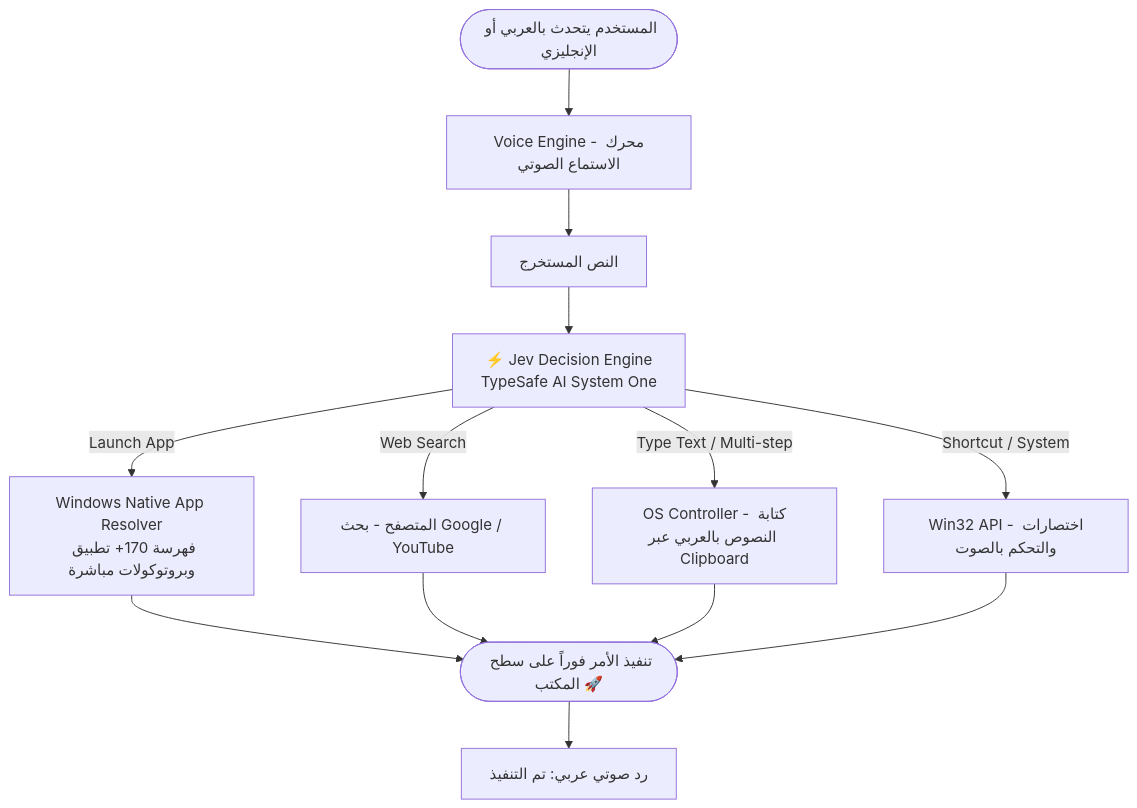
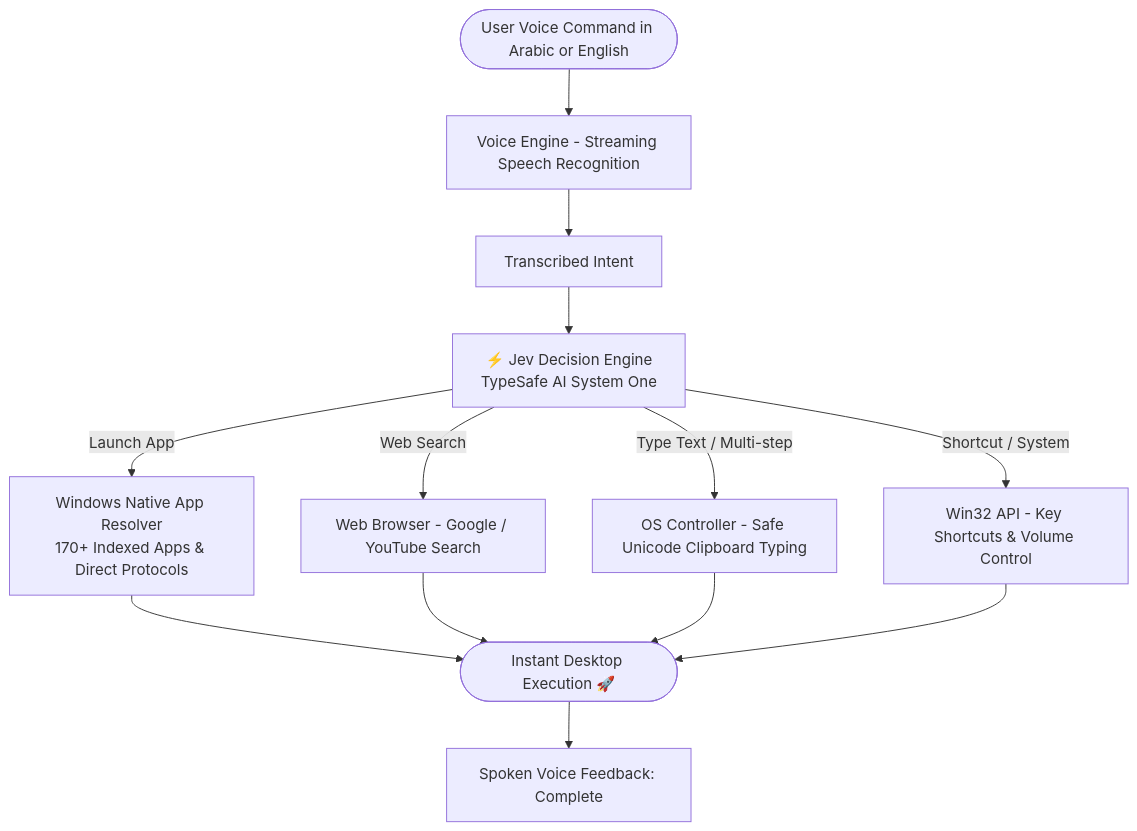
Before and after one commit to moamenFathy/Jev_voice_computer_use: the diagram in README.md, drawn with Mermaid. The commit also changed other lines of this file and 1 other file, not shown here.

Commit message:
docs: make English README primary, add Arabic README_AR.md, and remove MIT license

````diff
--- a/README.md
+++ b/README.md
@@ -27,17 +29,17 @@
 ```mermaid
 flowchart TD
-    User([المستخدم يتحدث بالعربي أو الإنجليزي]) --> Voice[Voice Engine - محرك الاستماع الصوتي]
-    Voice --> Text[النص المستخرج]
+    User([User Voice Command in Arabic or English]) --> Voice[Voice Engine - Streaming Speech Recognition]
+    Voice --> Text[Transcribed Intent]
     Text --> Jev[⚡ Jev Decision Engine<br/>TypeSafe AI System One]
     
-    Jev -- "Launch App" --> Resolver[Windows Native App Resolver<br/>فهرسة 170+ تطبيق وبروتوكولات مباشرة]
-    Jev -- "Web Search" --> Browser[المتصفح - بحث Google / YouTube]
-    Jev -- "Type Text / Multi-step" --> Clipboard[OS Controller - كتابة النصوص بالعربي عبر Clipboard]
-    Jev -- "Shortcut / System" --> OS[Win32 API - اختصارات والتحكم بالصوت]
+    Jev -- "Launch App" --> Resolver[Windows Native App Resolver<br/>170+ Indexed Apps & Direct Protocols]
+    Jev -- "Web Search" --> Browser[Web Browser - Google / YouTube Search]
+    Jev -- "Type Text / Multi-step" --> Clipboard[OS Controller - Safe Unicode Clipboard Typing]
+    Jev -- "Shortcut / System" --> OS[Win32 API - Key Shortcuts & Volume Control]
     
-    Resolver --> Desktop([تنفيذ الأمر فوراً على سطح المكتب 🚀])
+    Resolver --> Desktop([Instant Desktop Execution 🚀])
     Browser --> Desktop
     Clipboard --> Desktop
     OS --> Desktop
-    Desktop --> TTS[رد صوتي عربي: تم التنفيذ]
+    Desktop --> TTS[Spoken Voice Feedback: Complete]
 ```
````
